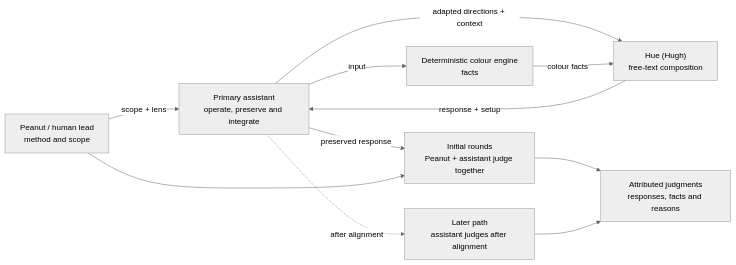
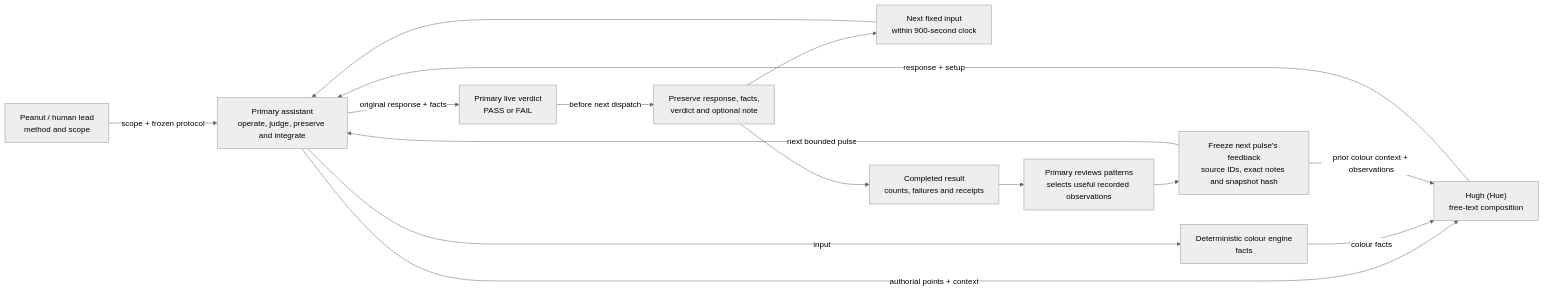
Before and after one commit to tryskian/huemiliator: the diagram in docs/diagrams/BEHAVIOUR_PULSE.md, drawn with Mermaid (neutral theme). The commit also changed other lines of this file and 27 other files, not shown here.

First line of the commit message:
feat: connect Hugh behaviour pulses with attributed feedback (#175)

````diff
--- a/docs/diagrams/BEHAVIOUR_PULSE.md
+++ b/docs/diagrams/BEHAVIOUR_PULSE.md
@@ -10,21 +11,27 @@
 ```mermaid
 flowchart LR
   H["Peanut / human lead<br/>method and scope"]
-  A["Primary assistant<br/>operate, preserve and integrate"]
+  A["Primary assistant<br/>operate, judge, preserve and integrate"]
   C["Deterministic colour engine<br/>facts"]
-  X["Hue (Hugh)<br/>free-text composition"]
-  J["Initial rounds<br/>Peanut + assistant judge together"]
-  I["Later path<br/>assistant judges after alignment"]
-  F["Attributed judgments<br/>responses, facts and reasons"]
+  X["Hugh (Hue)<br/>free-text composition"]
+  V["Primary live verdict<br/>PASS or FAIL"]
+  P["Preserve response, facts,<br/>verdict and optional note"]
+  N["Next fixed input<br/>within 900-second clock"]
+  F["Completed result<br/>counts, failures and receipts"]
+  S["Primary reviews patterns<br/>selects useful recorded observations"]
+  B["Freeze next pulse's feedback<br/>source IDs, exact notes and snapshot hash"]
 
-  H -->|"scope + lens"| A
+  H -->|"scope + frozen protocol"| A
   A -->|"input"| C
-  A -->|"adapted directions + context"| X
+  A -->|"authorial points + context"| X
   C -->|"colour facts"| X
   X -->|"response + setup"| A
-  A -->|"preserved response"| J
-  H --> J
-  A -.->|"after alignment"| I
-  J --> F
-  I --> F
+  A -->|"original response + facts"| V
+  V -->|"before next dispatch"| P
+  P --> N
+  N --> A
+  P --> F
+  F --> S --> B
+  B -->|"prior colour context + observations"| X
+  B -->|"next bounded pulse"| A
 ```
````
